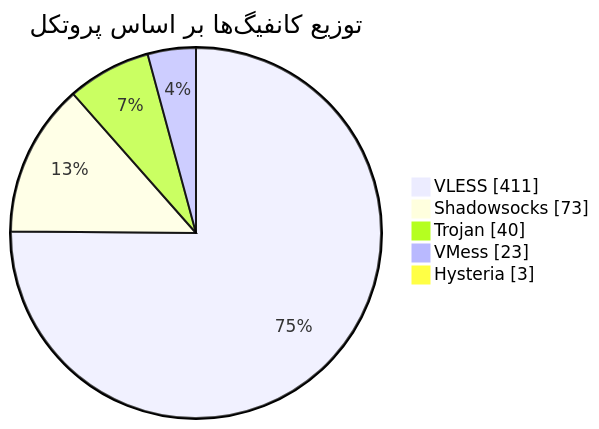
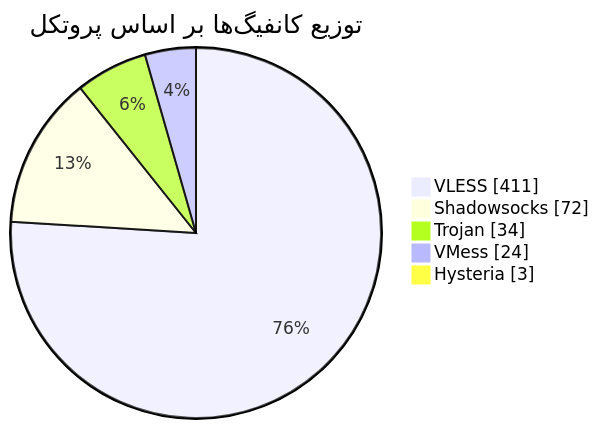
Before and after one commit to Arian-Alijani/Somthing: the diagram in README.md, drawn with Mermaid. The commit also changed other lines of this file and 67 other files, not shown here.

````diff
--- a/README.md
+++ b/README.md
@@ -47,9 +47,9 @@
 ```mermaid
 pie showData
     title توزیع کانفیگ‌ها بر اساس پروتکل
     "VLESS" : 411
-    "Shadowsocks" : 73
-    "Trojan" : 40
-    "VMess" : 23
+    "Shadowsocks" : 72
+    "Trojan" : 34
+    "VMess" : 24
     "Hysteria" : 3
 ```
````
